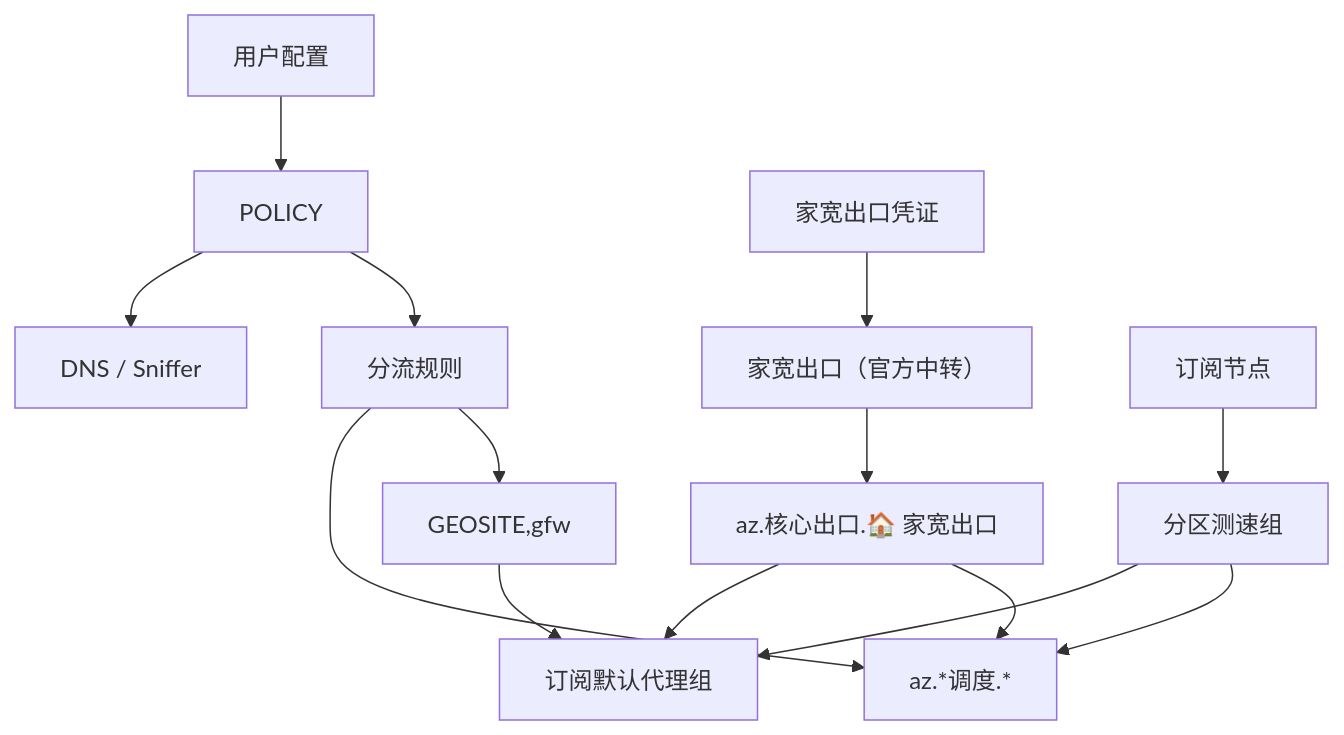
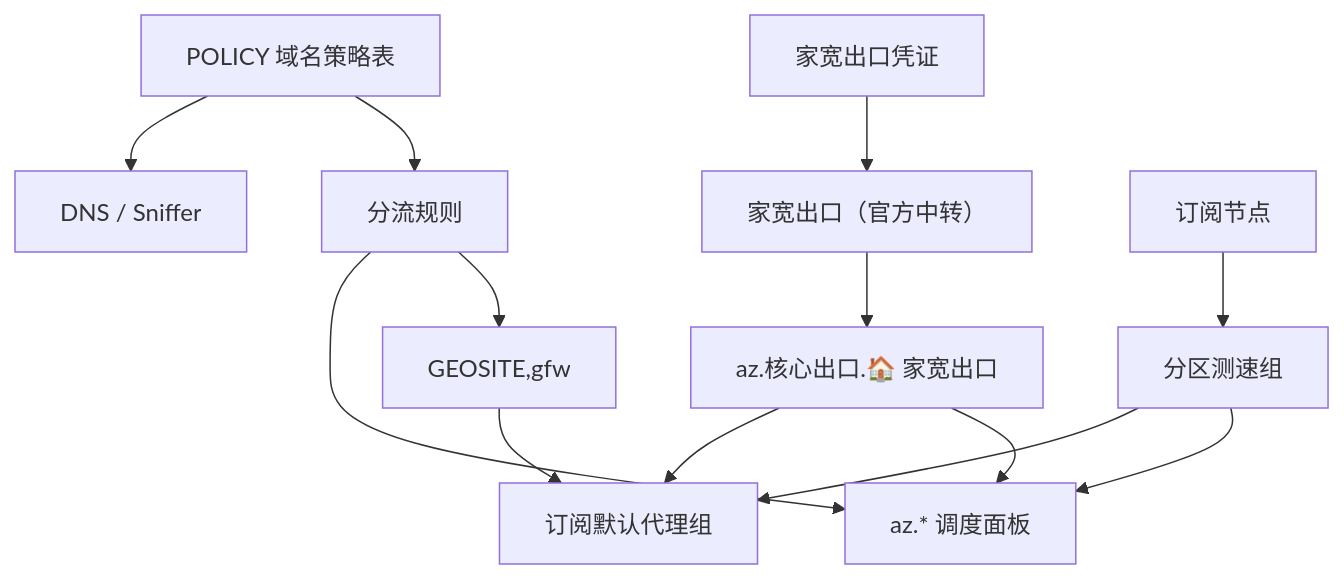
The diagram in README.md (andrew-zyf/clash-override-home-broadband-chain-proxy), drawn with Mermaid before and after one commit. The commit also changed other lines of this file and 3 other files, not shown here.

````diff
--- a/README.md
+++ b/README.md
@@ -102,16 +93,15 @@
 ```mermaid
 flowchart TD
-  A["用户配置"] --> B["POLICY"]
-  B --> C["DNS / Sniffer"]
-  B --> D["分流规则"]
-  E["家宽出口凭证"] --> F["家宽出口（官方中转）"]
-  F --> G["az.核心出口.🏠 家宽出口"]
-  H["订阅节点"] --> I["分区测速组"]
-  I --> K["订阅默认代理组"]
-  G --> K
-  G --> J["az.*调度.*"]
-  I --> J
-  D --> J
-  D --> L["GEOSITE,gfw"]
-  L --> K
+  A["POLICY 域名策略表"] --> B["DNS / Sniffer"]
+  A --> C["分流规则"]
+  D["家宽出口凭证"] --> E["家宽出口（官方中转）"]
+  E --> F["az.核心出口.🏠 家宽出口"]
+  G["订阅节点"] --> H["分区测速组"]
+  H --> I["订阅默认代理组"]
+  F --> I
+  F --> J["az.* 调度面板"]
+  H --> J
+  C --> J
+  C --> K["GEOSITE,gfw"]
+  K --> I
 ```
````
